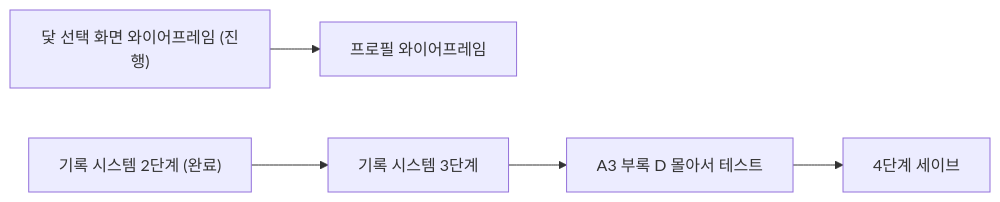
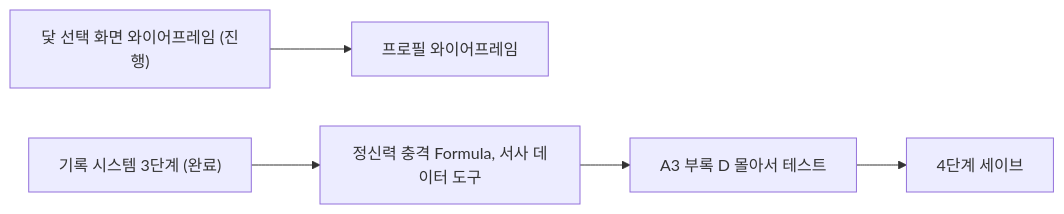
One commit to shieon51/UnityPortfolio1_LastTale changed the diagram in docs/인수인계.md. Above: the diagram before and after it, drawn with Mermaid. The commit also changed other lines of this file and 11 other files, not shown here.

First line of the commit message:
feat: 기록 시스템 3-C(결말·마일스톤 태그, 회차 요약) + 정신력 충격 Formula

````diff
--- a/docs/인수인계.md
+++ b/docs/인수인계.md
@@ -224,7 +227,7 @@
 ```mermaid
 flowchart LR
     A["닻 선택 화면 와이어프레임 (진행)"] --> B["프로필 와이어프레임"]
-    C["기록 시스템 2단계 (완료)"] --> D["기록 시스템 3단계"]
+    C["기록 시스템 3단계 (완료)"] --> D["정신력 충격 Formula, 서사 데이터 도구"]
     D --> E["A3 부록 D 몰아서 테스트"]
     E --> F["4단계 세이브"]
 ```
````
